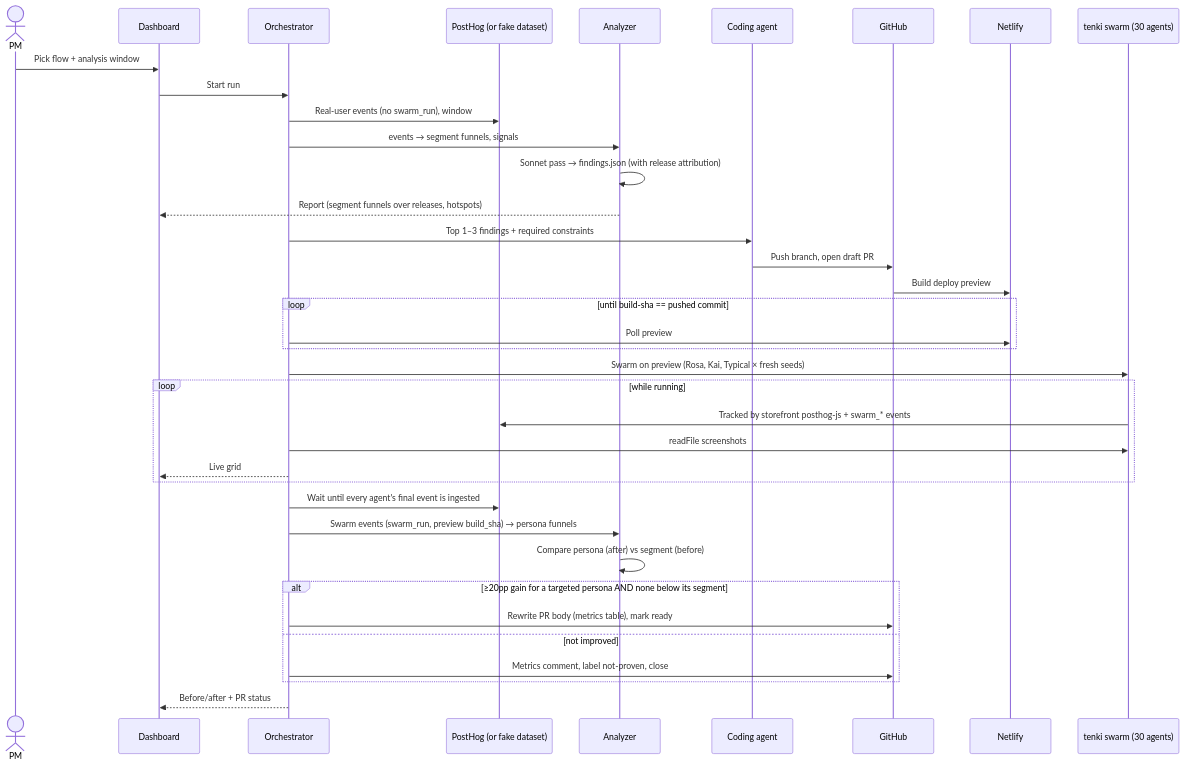
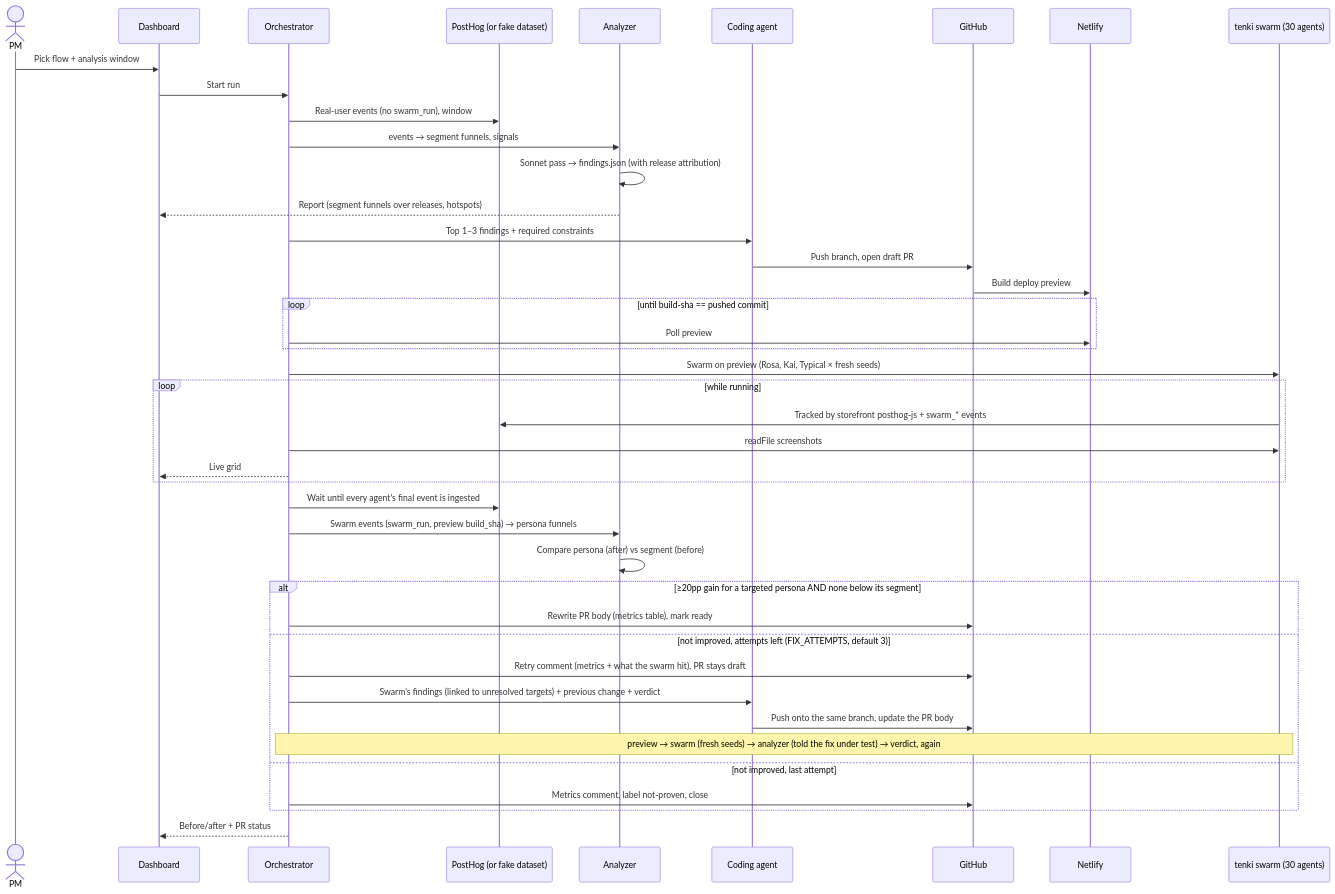
One commit to jbecerra73/build101_grupo16 changed the second of 2 diagrams in ARCHITECTURE.md. Above: the diagram before and after it, drawn with Mermaid. The commit also changed 15 other files, not shown here.

First line of the commit message:
Fix loop: retry on the same PR, with what the swarm hit

````diff
--- a/ARCHITECTURE.md
+++ b/ARCHITECTURE.md
@@ -80,40 +80,45 @@
 ```mermaid
 sequenceDiagram
     actor PM
     participant D as Dashboard
     participant O as Orchestrator
     participant P as PostHog (or fake dataset)
     participant A as Analyzer
     participant C as Coding agent
     participant G as GitHub
     participant N as Netlify
     participant S as tenki swarm (30 agents)
 
     PM->>D: Pick flow + analysis window
     D->>O: Start run
     O->>P: Real-user events (no swarm_run), window
     O->>A: events → segment funnels, signals
     A->>A: Sonnet pass → findings.json (with release attribution)
     A-->>D: Report (segment funnels over releases, hotspots)
     O->>C: Top 1–3 findings + required constraints
     C->>G: Push branch, open draft PR
     G->>N: Build deploy preview
     loop until build-sha == pushed commit
         O->>N: Poll preview
     end
     O->>S: Swarm on preview (Rosa, Kai, Typical × fresh seeds)
     loop while running
         S->>P: Tracked by storefront posthog-js + swarm_* events
         O->>S: readFile screenshots
         O-->>D: Live grid
     end
     O->>P: Wait until every agent's final event is ingested
     O->>A: Swarm events (swarm_run, preview build_sha) → persona funnels
     A->>A: Compare persona (after) vs segment (before)
     alt ≥20pp gain for a targeted persona AND none below its segment
         O->>G: Rewrite PR body (metrics table), mark ready
-    else not improved
+    else not improved, attempts left (FIX_ATTEMPTS, default 3)
+        O->>G: Retry comment (metrics + what the swarm hit), PR stays draft
+        O->>C: Swarm's findings (linked to unresolved targets) + previous change + verdict
+        C->>G: Push onto the same branch, update the PR body
+        Note over O,S: preview → swarm (fresh seeds) → analyzer (told the fix under test) → verdict, again
+    else not improved, last attempt
         O->>G: Metrics comment, label not-proven, close
     end
     O-->>D: Before/after + PR status
 ```
````
